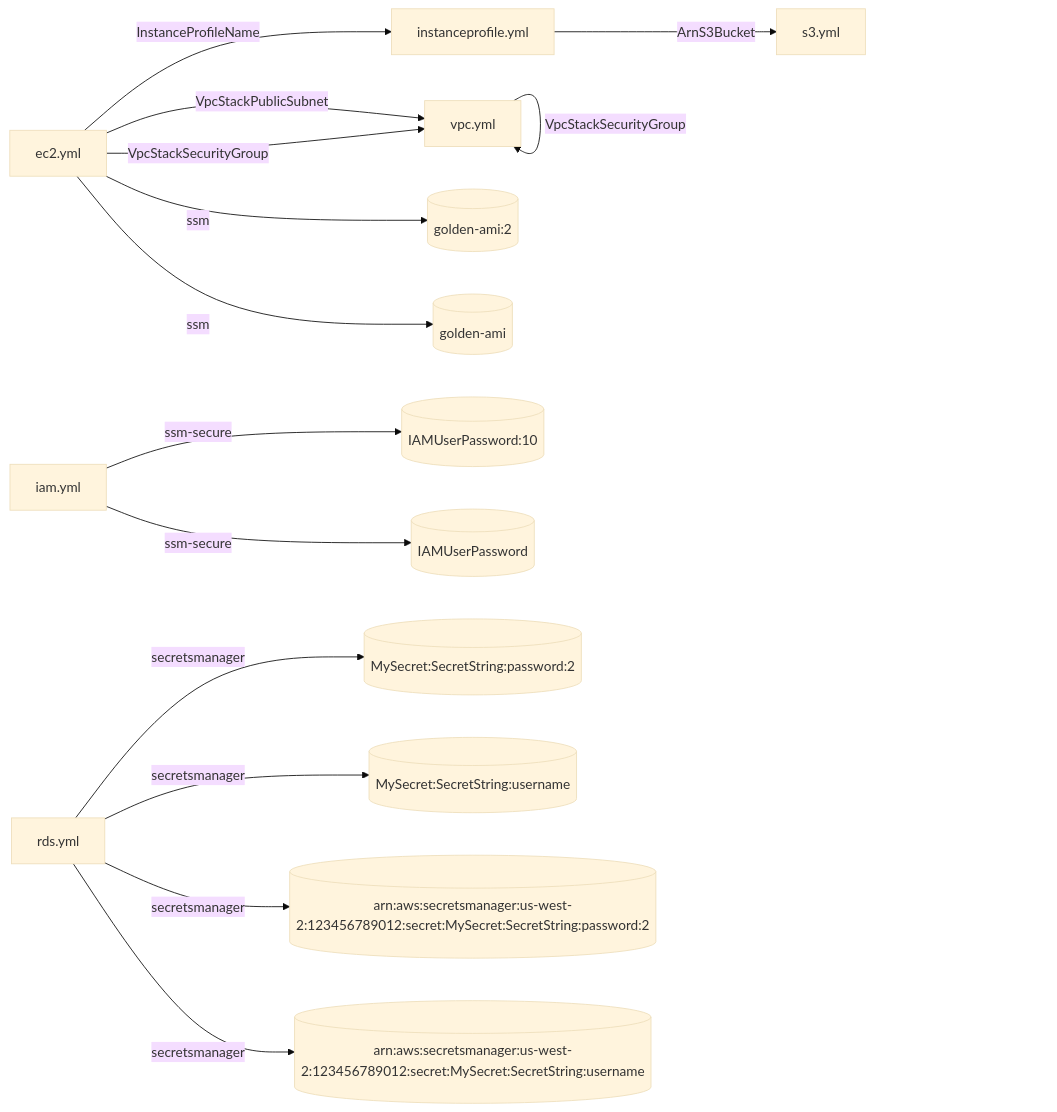
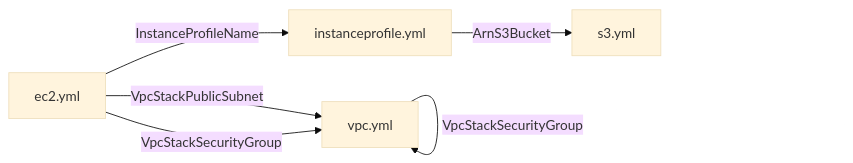
One commit to jay34986/cfn-template-dependency-visualization changed the second of 2 diagrams in README.md. Above: the diagram before and after it, drawn with Mermaid (base theme). The commit also changed 6 other files, not shown here.

````diff
--- a/README.md
+++ b/README.md
@@ -74,17 +74,9 @@
 ```mermaid
 graph LR
     ec2.yml-->|InstanceProfileName|instanceprofile.yml
     ec2.yml-->|VpcStackPublicSubnet|vpc.yml
     ec2.yml-->|VpcStackSecurityGroup|vpc.yml
-    ec2.yml-->|ssm|golden-ami:2[(golden-ami:2)]
-    ec2.yml-->|ssm|golden-ami[(golden-ami)]
-    iam.yml-->|ssm-secure|IAMUserPassword:10[(IAMUserPassword:10)]
-    iam.yml-->|ssm-secure|IAMUserPassword[(IAMUserPassword)]
     instanceprofile.yml-->|ArnS3Bucket|s3.yml
-    rds.yml-->|secretsmanager|MySecret:SecretString:password:2[(MySecret:SecretString:password:2)]
-    rds.yml-->|secretsmanager|MySecret:SecretString:username[(MySecret:SecretString:username)]
-    rds.yml-->|secretsmanager|arn:aws:secretsmanager:us-west-2:123456789012:secret:MySecret:SecretString:password:2[(arn:aws:secretsmanager:us-west-2:123456789012:secret:MySecret:SecretString:password:2)]
-    rds.yml-->|secretsmanager|arn:aws:secretsmanager:us-west-2:123456789012:secret:MySecret:SecretString:username[(arn:aws:secretsmanager:us-west-2:123456789012:secret:MySecret:SecretString:username)]
     vpc.yml-->|VpcStackPublicSubnet|vpc.yml
     vpc.yml-->|VpcStackSecurityGroup|vpc.yml
 ```
````
